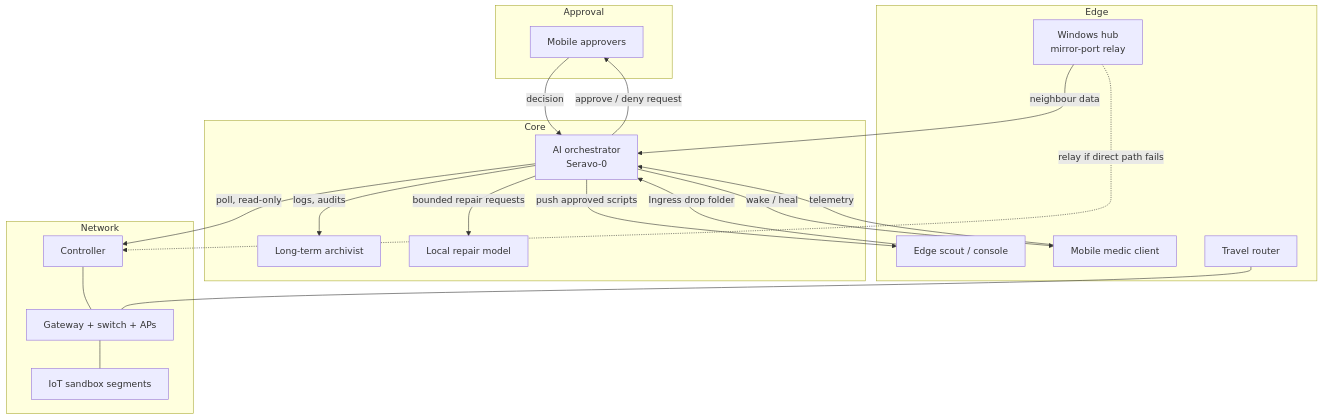
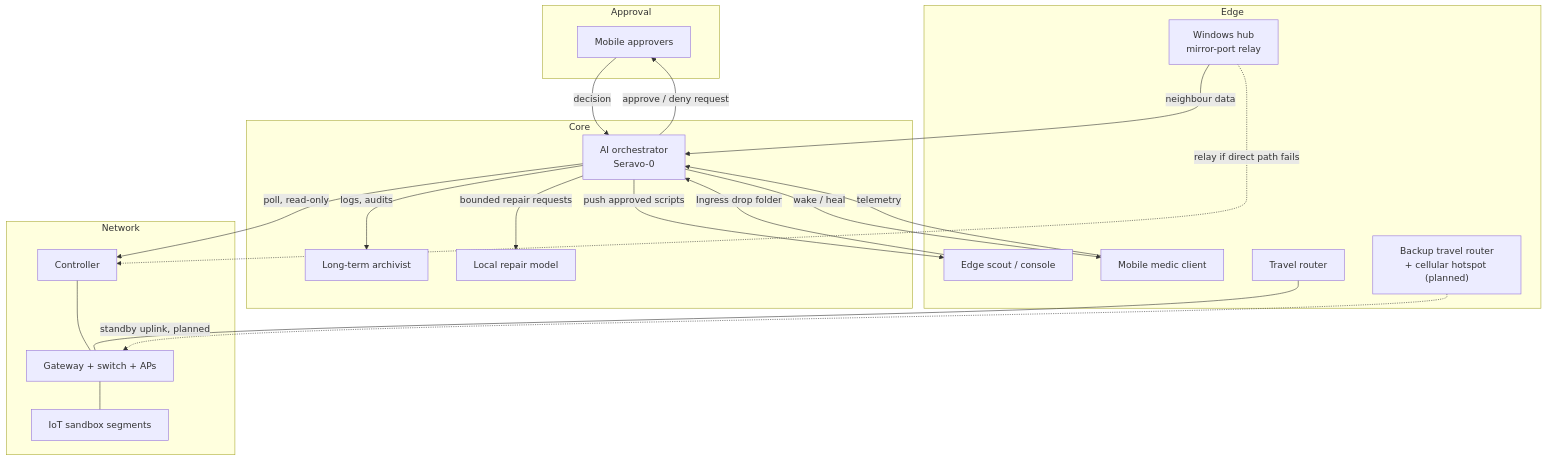
Before and after one commit to cpyeoman-crypto/project-25-26-seravo-0-sapor: the diagram in docs/fleet-clients.md, drawn with Mermaid. The commit also changed other lines of this file and 35 other files, not shown here.

First line of the commit message:
Add ntfy, polling, report examples, diagrams, backup travel router and starter kit

````diff
--- a/docs/fleet-clients.md
+++ b/docs/fleet-clients.md
@@ -83,35 +85,37 @@
 ```mermaid
 flowchart TB
     subgraph Approve["Approval"]
         Mobile["Mobile approvers"]
     end
     subgraph Core["Core"]
         Brain["AI orchestrator<br/>Seravo-0"]
         Vault["Long-term archivist"]
         Hands["Local repair model"]
     end
     subgraph Edge["Edge"]
         Scout["Edge scout / console"]
         Medic["Mobile medic client"]
         Hub["Windows hub<br/>mirror-port relay"]
         Travel["Travel router"]
+        Backup["Backup travel router<br/>+ cellular hotspot (planned)"]
     end
     subgraph Net["Network"]
         Ctl["Controller"]
         GW["Gateway + switch + APs"]
         IoT["IoT sandbox segments"]
     end
     Scout -- Ingress drop folder --> Brain
     Medic -- telemetry --> Brain
     Hub -- neighbour data --> Brain
     Brain -- poll, read-only --> Ctl
     Hub -. relay if direct path fails .-> Ctl
     Ctl --- GW --- IoT
     Travel --- GW
+    Backup -. standby uplink, planned .-> GW
     Brain -- bounded repair requests --> Hands
     Brain -- logs, audits --> Vault
     Brain -- approve / deny request --> Mobile
     Mobile -- decision --> Brain
     Brain -- push approved scripts --> Scout
     Brain -- wake / heal --> Medic
 ```
````
